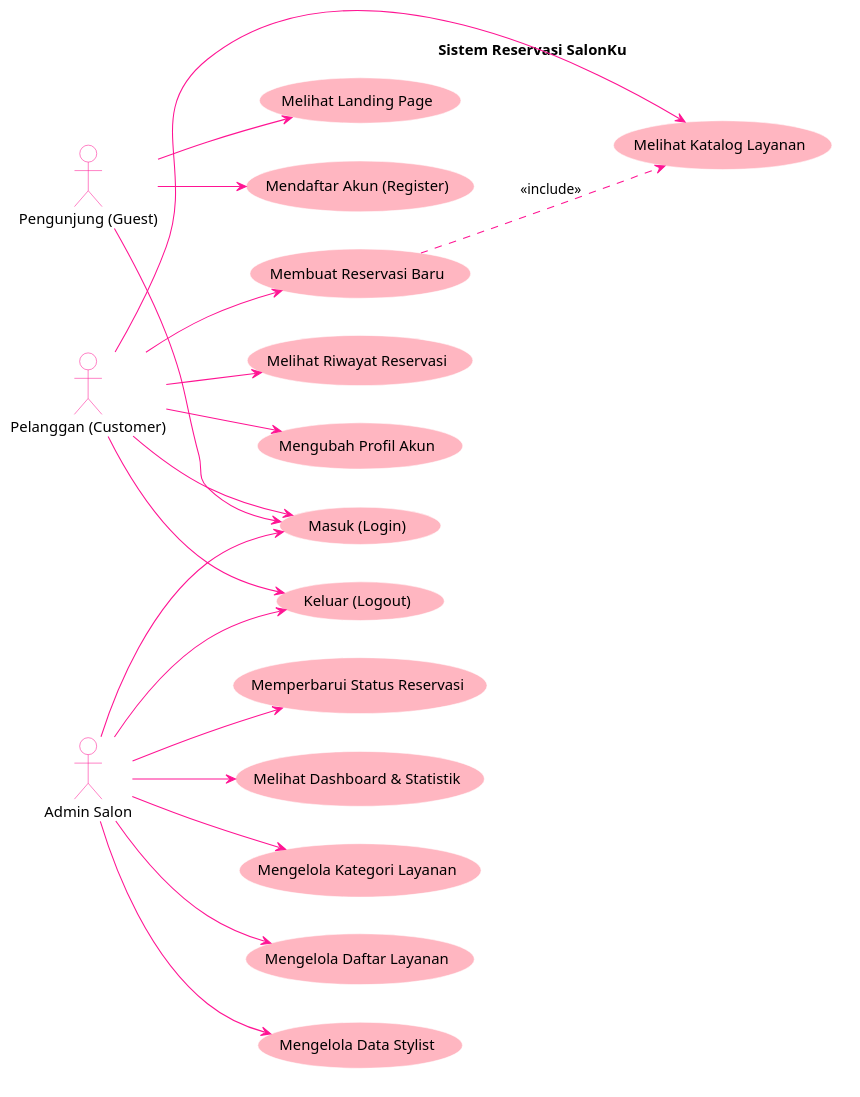
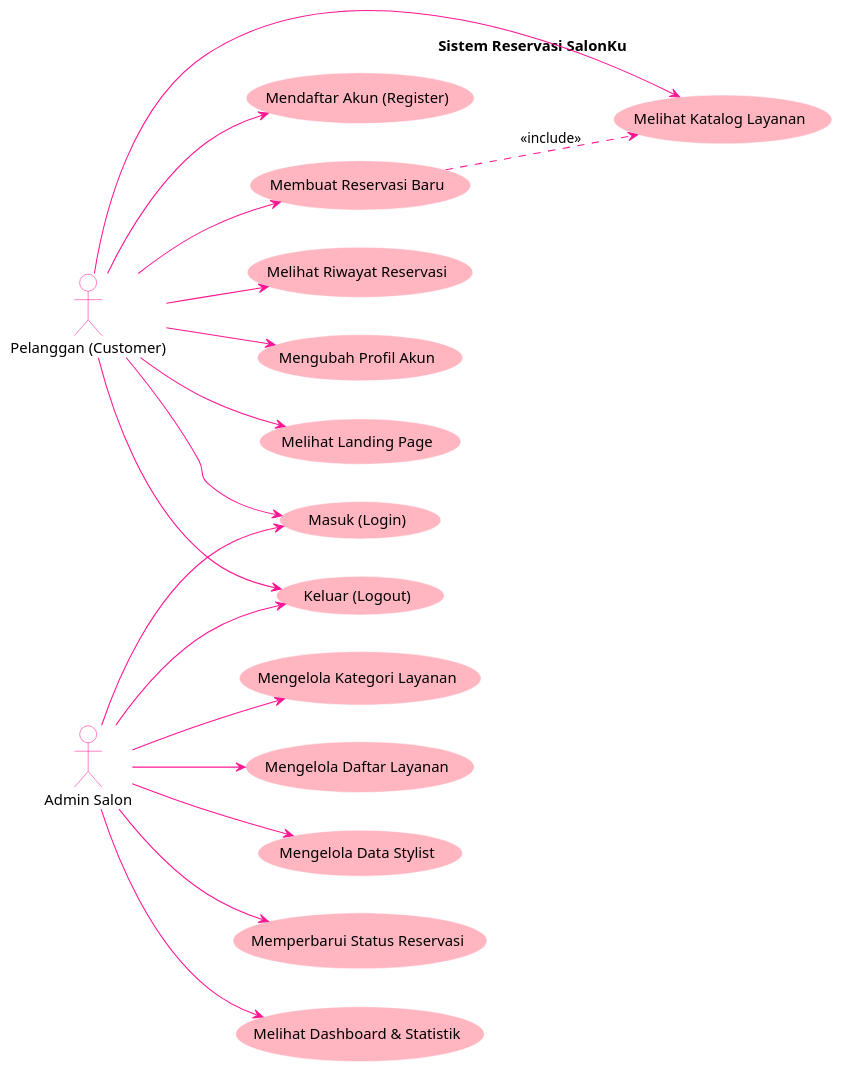
The diagram in docs/use_case_diagram.puml (salsadillaazkhiyahputri/SALONKU), drawn with PlantUML before and after one commit. The commit also changed 1 other file, not shown here.

```diff
--- a/docs/use_case_diagram.puml
+++ b/docs/use_case_diagram.puml
@@ -1,68 +1,62 @@
 @startuml
 left to right direction
 skinparam packageStyle rectangle
 skinparam handwritten false
 
 skinparam usecase {
   BackgroundColor LightPink
   BorderColor Rose
   ArrowColor DeepPink
 }
 skinparam actor {
   BackgroundColor Rose
   BorderColor DeepPink
 }
 skinparam rectangle {
   BorderColor Rose
 }
 
-actor "Pengunjung (Guest)" as Guest
 actor "Pelanggan (Customer)" as Customer
 actor "Admin Salon" as Admin
 
 rectangle "Sistem Reservasi SalonKu" {
-  ' Guest Cases
+  ' Customer Cases (termasuk sebelum login)
   usecase "Melihat Landing Page" as UC1
   usecase "Mendaftar Akun (Register)" as UC2
   usecase "Masuk (Login)" as UC3
-  
-  ' Customer Cases
   usecase "Keluar (Logout)" as UC4
   usecase "Melihat Katalog Layanan" as UC5
   usecase "Membuat Reservasi Baru" as UC6
   usecase "Melihat Riwayat Reservasi" as UC7
   usecase "Mengubah Profil Akun" as UC8
   
   ' Admin Cases
   usecase "Melihat Dashboard & Statistik" as UC9
   usecase "Mengelola Kategori Layanan" as UC10
   usecase "Mengelola Daftar Layanan" as UC11
   usecase "Mengelola Data Stylist" as UC12
   usecase "Memperbarui Status Reservasi" as UC13
 }
 
-' Relasi Pengunjung
-Guest --> UC1
-Guest --> UC2
-Guest --> UC3
-
 ' Relasi Pelanggan (Customer)
+Customer --> UC1
+Customer --> UC2
 Customer --> UC3
 Customer --> UC4
 Customer --> UC5
 Customer --> UC6
 Customer --> UC7
 Customer --> UC8
 
 ' Relasi Admin
 Admin --> UC3
 Admin --> UC4
 Admin --> UC9
 Admin --> UC10
 Admin --> UC11
 Admin --> UC12
 Admin --> UC13
 
 ' Dependencies (Include/Extend)
 UC6 ..> UC5 : <<include>>
 @enduml
```
